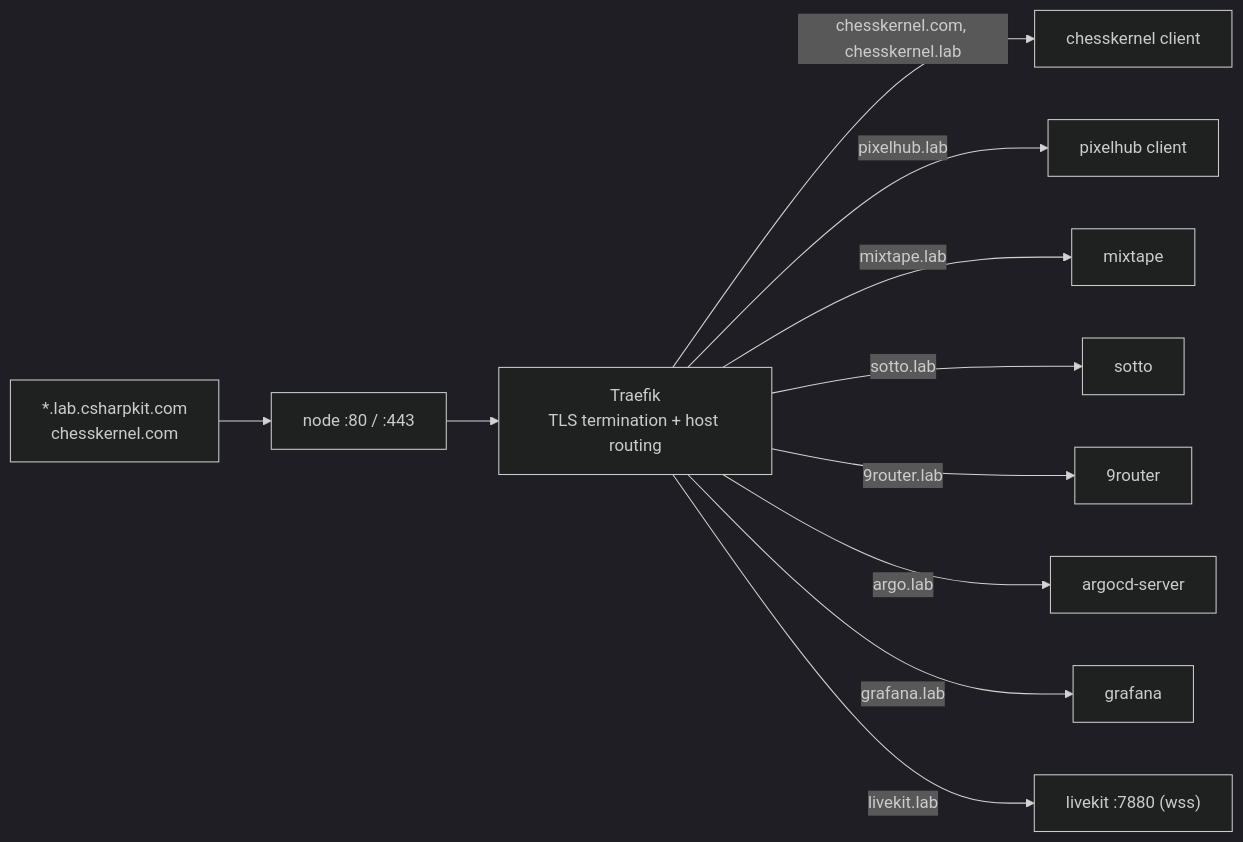
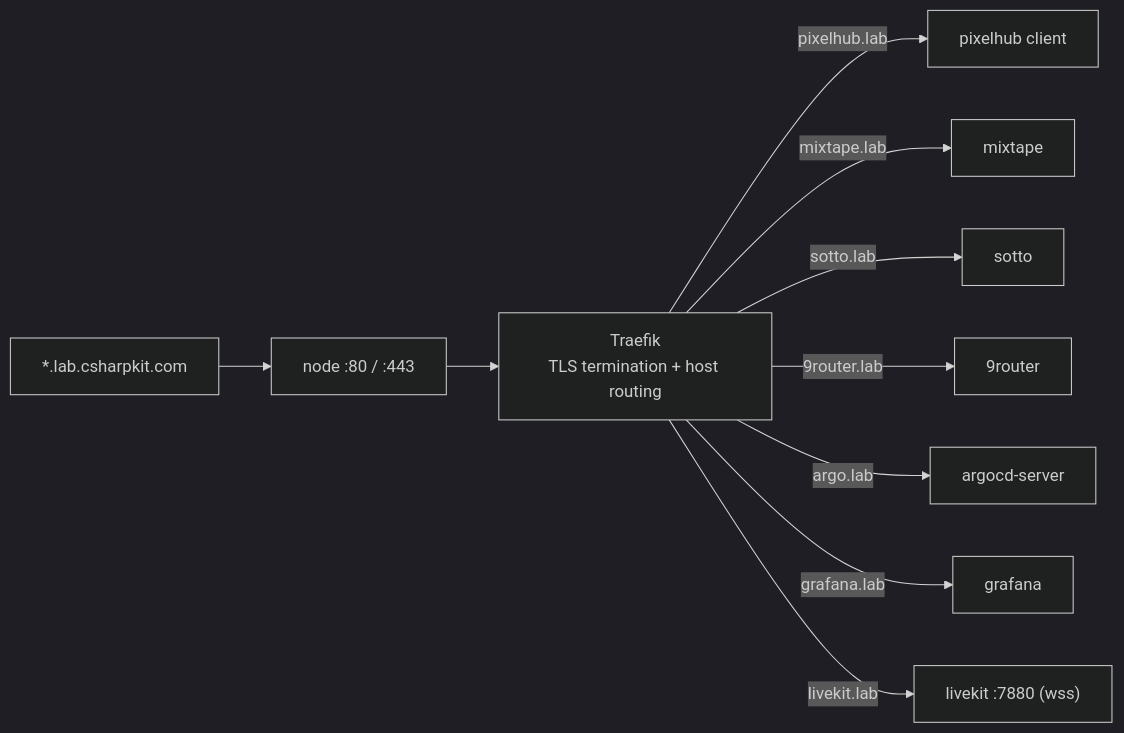
The diagram in docs/networking.md (geffzhang/cloudhomelab), drawn with Mermaid (dark theme) before and after one commit. The commit also changed other lines of this file and 18 other files, not shown here.

````diff
--- a/docs/networking.md
+++ b/docs/networking.md
@@ -25,13 +25,12 @@
 ```mermaid
 flowchart LR
-    DNS["*.lab.csharpkit.com<br/>chesskernel.com"] --> Node["node :80 / :443"]
+    DNS["*.lab.csharpkit.com"] --> Node["node :80 / :443"]
     Node --> Traefik["Traefik<br/>TLS termination + host routing"]
-    Traefik -->|chesskernel.com, chesskernel.lab| CK["chesskernel client"]
     Traefik -->|pixelhub.lab| PH["pixelhub client"]
     Traefik -->|mixtape.lab| MIX["mixtape"]
     Traefik -->|sotto.lab| SOT["sotto"]
     Traefik -->|9router.lab| R9R["9router"]
     Traefik -->|argo.lab| ARG["argocd-server"]
     Traefik -->|grafana.lab| GRAF["grafana"]
     Traefik -->|livekit.lab| LK["livekit :7880 (wss)"]
 ```
````
